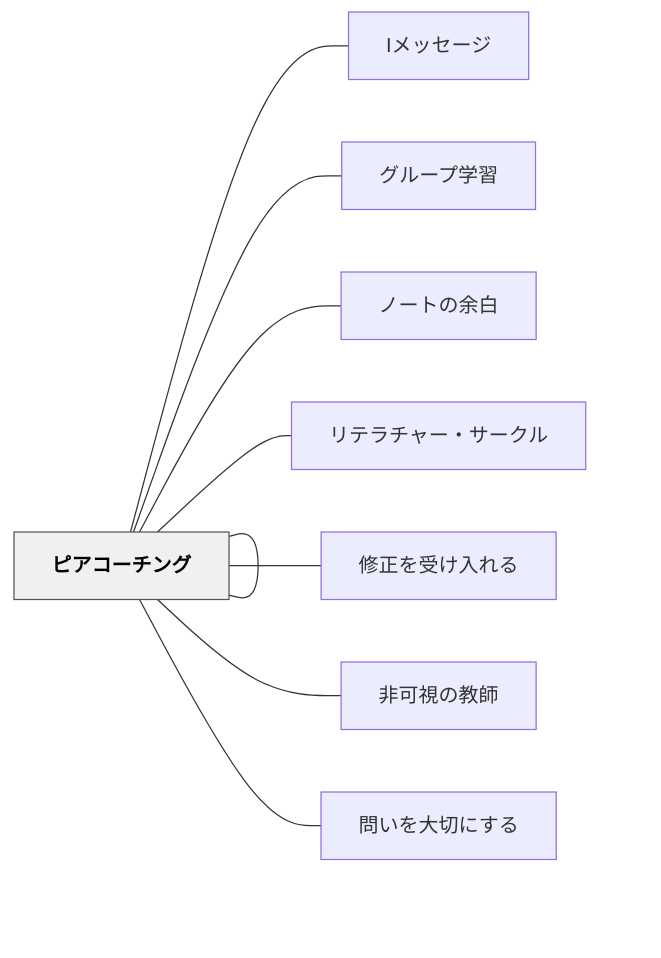
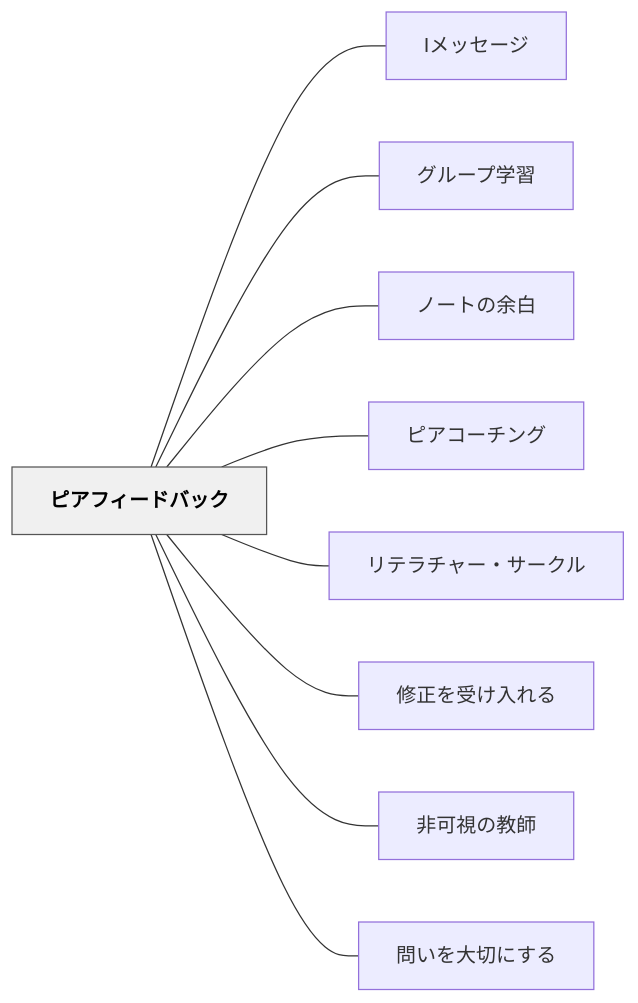
One commit to unknownthings-ed-patterns/unknownthings-ed-patterns changed the diagram in content/パタン/ピアフィードバック.md. Above: the diagram before and after it, drawn with Mermaid. The commit also changed 527 other files, not shown here.

````diff
--- a/content/パタン/ピアフィードバック.md
+++ b/content/パタン/ピアフィードバック.md
@@ -90,24 +90,24 @@
 ```mermaid
 flowchart LR
-    ne38394e382a2["ピアフィードバック"]
-    n49e383a1e383["Iメッセージ"]
-    ne382b0e383ab["グループ学習"]
-    ne3838ee383bc["ノートの余白"]
-    ne38394e382a2["ピアコーチング"]
-    ne383aae38386["リテラチャー・サークル"]
-    ne4bfaee6ada3["修正を受け入れる"]
-    ne99d9ee58faf["非可視の教師"]
-    ne5958fe38184["問いを大切にする"]
+    ne38394e382a2e38395e382a3e383bce38389e38390e38383e382af["ピアフィードバック"]
+    n49e383a1e38383e382bbe383bce382b8["Iメッセージ"]
+    ne382b0e383abe383bce38397e5ada6e7bf92["グループ学習"]
+    ne3838ee383bce38388e381aee4bd99e799bd["ノートの余白"]
+    ne38394e382a2e382b3e383bce38381e383b3e382b0["ピアコーチング"]
+    ne383aae38386e383a9e38381e383a3e383bce383bbe382b5e383bce382afe383ab["リテラチャー・サークル"]
+    ne4bfaee6ada3e38292e58f97e38191e585a5e3828ce3828b["修正を受け入れる"]
+    ne99d9ee58fafe8a696e381aee69599e5b8ab["非可視の教師"]
+    ne5958fe38184e38292e5a4a7e58887e381abe38199e3828b["問いを大切にする"]
 
-    ne38394e382a2 --- n49e383a1e383
-    ne38394e382a2 --- ne382b0e383ab
-    ne38394e382a2 --- ne3838ee383bc
-    ne38394e382a2 --- ne38394e382a2
-    ne38394e382a2 --- ne383aae38386
-    ne38394e382a2 --- ne4bfaee6ada3
-    ne38394e382a2 --- ne99d9ee58faf
-    ne38394e382a2 --- ne5958fe38184
+    ne38394e382a2e38395e382a3e383bce38389e38390e38383e382af --- n49e383a1e38383e382bbe383bce382b8
+    ne38394e382a2e38395e382a3e383bce38389e38390e38383e382af --- ne382b0e383abe383bce38397e5ada6e7bf92
+    ne38394e382a2e38395e382a3e383bce38389e38390e38383e382af --- ne3838ee383bce38388e381aee4bd99e799bd
+    ne38394e382a2e38395e382a3e383bce38389e38390e38383e382af --- ne38394e382a2e382b3e383bce38381e383b3e382b0
+    ne38394e382a2e38395e382a3e383bce38389e38390e38383e382af --- ne383aae38386e383a9e38381e383a3e383bce383bbe382b5e383bce382afe383ab
+    ne38394e382a2e38395e382a3e383bce38389e38390e38383e382af --- ne4bfaee6ada3e38292e58f97e38191e585a5e3828ce3828b
+    ne38394e382a2e38395e382a3e383bce38389e38390e38383e382af --- ne99d9ee58fafe8a696e381aee69599e5b8ab
+    ne38394e382a2e38395e382a3e383bce38389e38390e38383e382af --- ne5958fe38184e38292e5a4a7e58887e381abe38199e3828b
 
     classDef hub fill:#f0f0f0,stroke:#555,color:#000,font-weight:bold
-    class ne38394e382a2 hub
+    class ne38394e382a2e38395e382a3e383bce38389e38390e38383e382af hub
 ```
````
